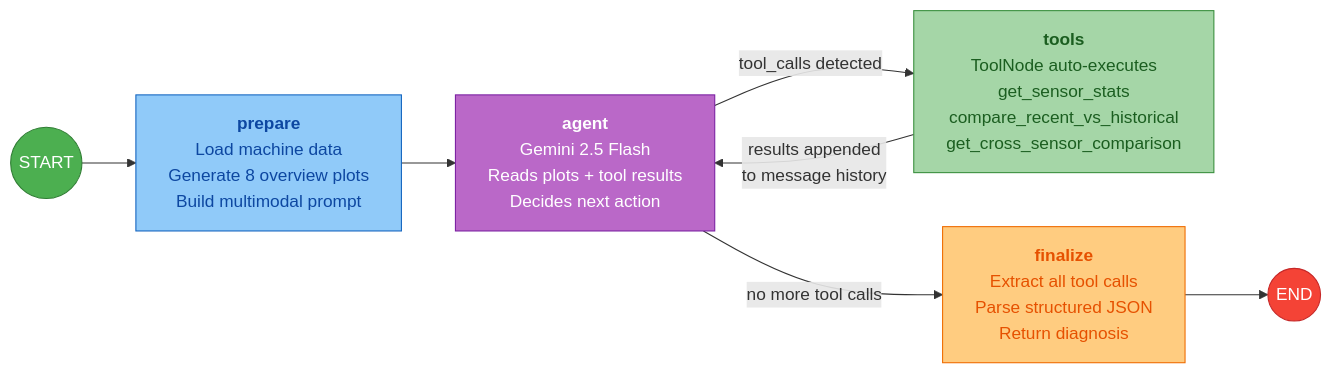
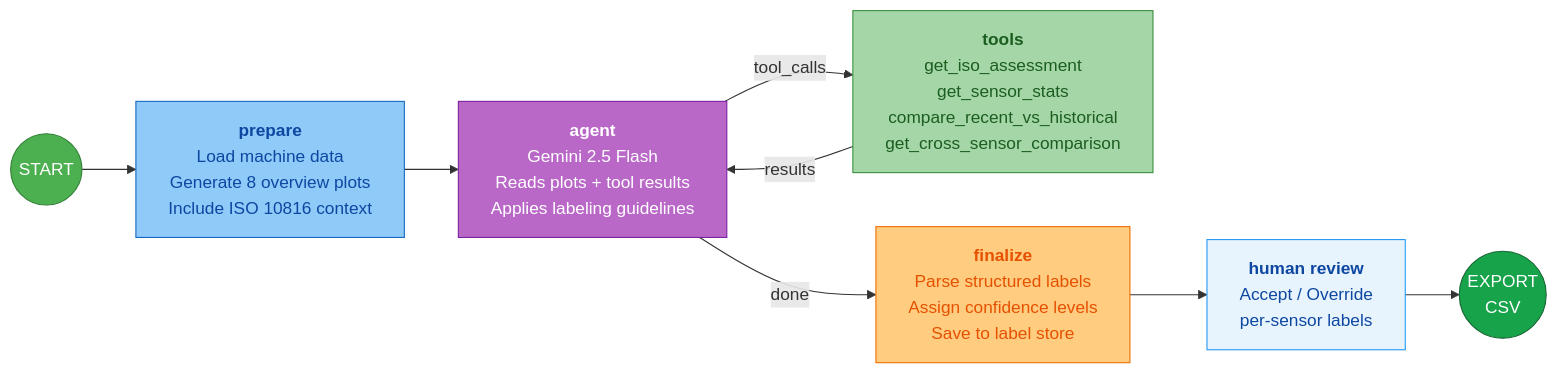
The second of 2 diagrams in README.md (phanidhirajpadimiti/Vib_Analysis), drawn with Mermaid before and after one commit. The commit also changed other lines of this file and 9 other files, not shown here.

First line of the commit message:
Reframe as agentic data labeling tool with ISO 10816 and human review

````diff
--- a/README.md
+++ b/README.md
@@ -78,22 +92,24 @@
 ```mermaid
 flowchart LR
     START(("START")) --> PREP
 
-    PREP["<b>prepare</b><br/>Load machine data<br/>Generate 8 overview plots<br/>Build multimodal prompt"]
+    PREP["<b>prepare</b><br/>Load machine data<br/>Generate 8 overview plots<br/>Include ISO 10816 context"]
     PREP --> AGT
 
-    AGT["<b>agent</b><br/>Gemini 2.5 Flash<br/>Reads plots + tool results<br/>Decides next action"]
+    AGT["<b>agent</b><br/>Gemini 2.5 Flash<br/>Reads plots + tool results<br/>Applies labeling guidelines"]
 
-    AGT -->|"tool_calls detected"| TOOL["<b>tools</b><br/>ToolNode auto-executes<br/>get_sensor_stats<br/>compare_recent_vs_historical<br/>get_cross_sensor_comparison"]
-    TOOL -->|"results appended<br/>to message history"| AGT
+    AGT -->|"tool_calls"| TOOL["<b>tools</b><br/>get_iso_assessment<br/>get_sensor_stats<br/>compare_recent_vs_historical<br/>get_cross_sensor_comparison"]
+    TOOL -->|"results"| AGT
 
-    AGT -->|"no more tool calls"| FIN["<b>finalize</b><br/>Extract all tool calls<br/>Parse structured JSON<br/>Return diagnosis"]
-    FIN --> DONE(("END"))
+    AGT -->|"done"| FIN["<b>finalize</b><br/>Parse structured labels<br/>Assign confidence levels<br/>Save to label store"]
+    FIN --> REVIEW["<b>human review</b><br/>Accept / Override<br/>per-sensor labels"]
+    REVIEW --> OUT(("EXPORT<br/>CSV"))
 
     style START fill:#4caf50,stroke:#2e7d32,color:#fff
-    style DONE fill:#f44336,stroke:#c62828,color:#fff
+    style OUT fill:#16a34a,stroke:#166534,color:#fff
     style PREP fill:#90caf9,stroke:#1565c0,color:#0d47a1
     style AGT fill:#ba68c8,stroke:#7b1fa2,color:#fff
     style TOOL fill:#a5d6a7,stroke:#388e3c,color:#1b5e20
     style FIN fill:#ffcc80,stroke:#ef6c00,color:#e65100
+    style REVIEW fill:#e8f4fd,stroke:#2196f3,color:#0d47a1
 ```
````
